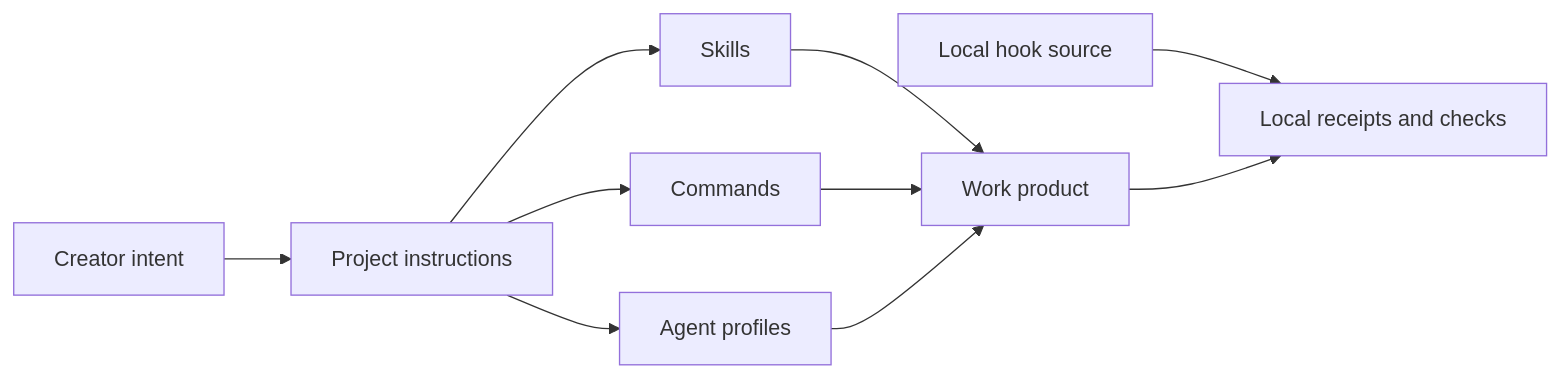
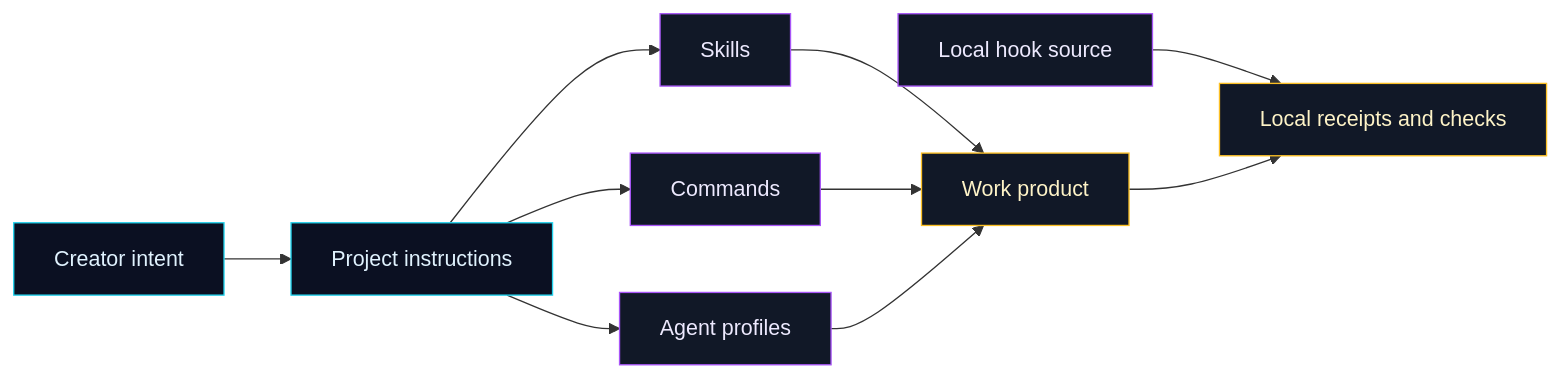
Before and after one commit to frankxai/agentic-creator-os: the diagram in README.md, drawn with Mermaid. The commit also changed other lines of this file and 2 other files, not shown here.

````diff
--- a/README.md
+++ b/README.md
@@ -118,12 +129,19 @@
 ```mermaid
 flowchart LR
   Intent["Creator intent"] --> Instructions["Project instructions"]
   Instructions --> Skills["Skills"]
   Instructions --> Commands["Commands"]
   Instructions --> Agents["Agent profiles"]
   Skills --> Work["Work product"]
   Commands --> Work
   Agents --> Work
   Hooks["Local hook source"] --> Evidence["Local receipts and checks"]
   Work --> Evidence
+
+  classDef intent fill:#0b1022,stroke:#22d3ee,color:#e0f2fe
+  classDef layer fill:#111827,stroke:#a855f7,color:#ede9fe
+  classDef out fill:#111827,stroke:#fbbf24,color:#fef3c7
+  class Intent,Instructions intent
+  class Skills,Commands,Agents,Hooks layer
+  class Work,Evidence out
 ```
````
